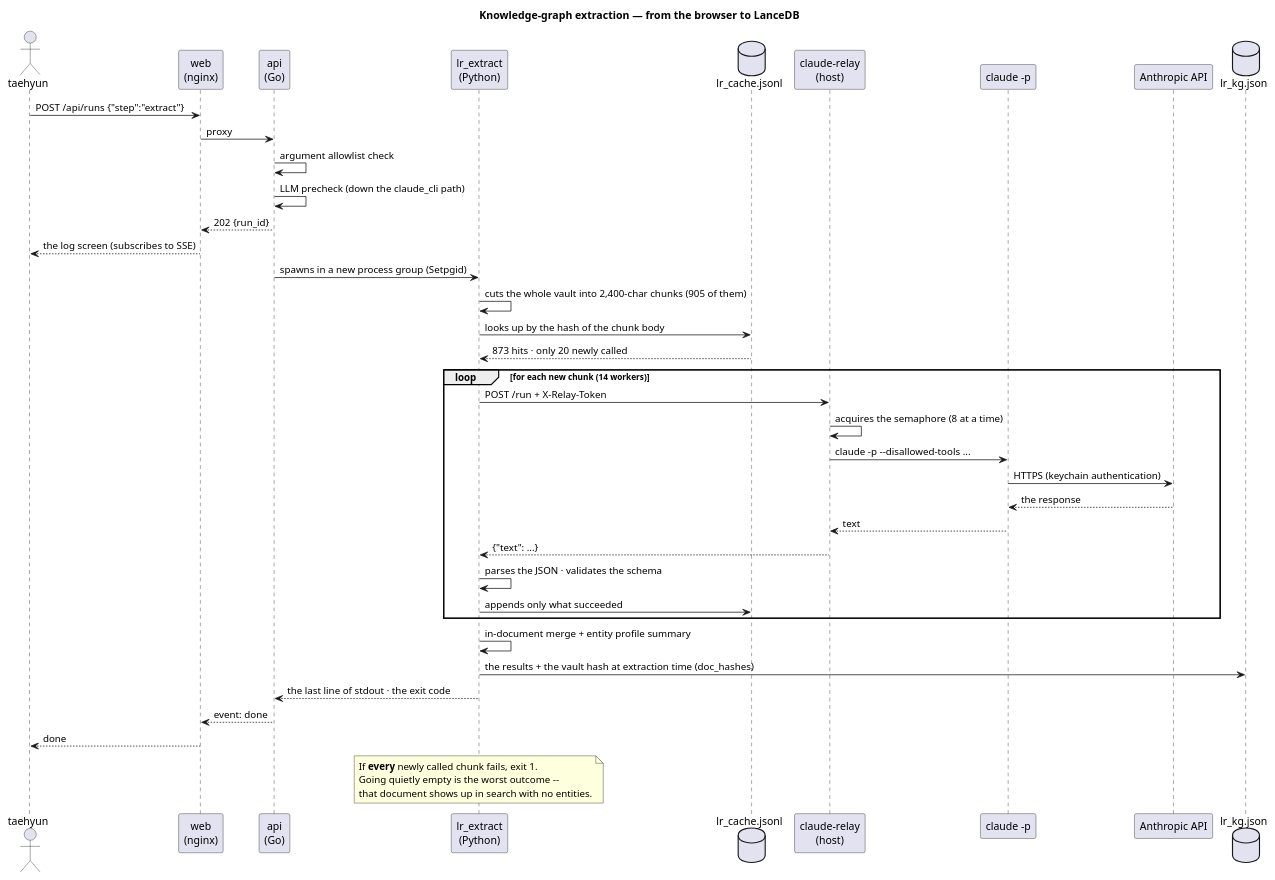
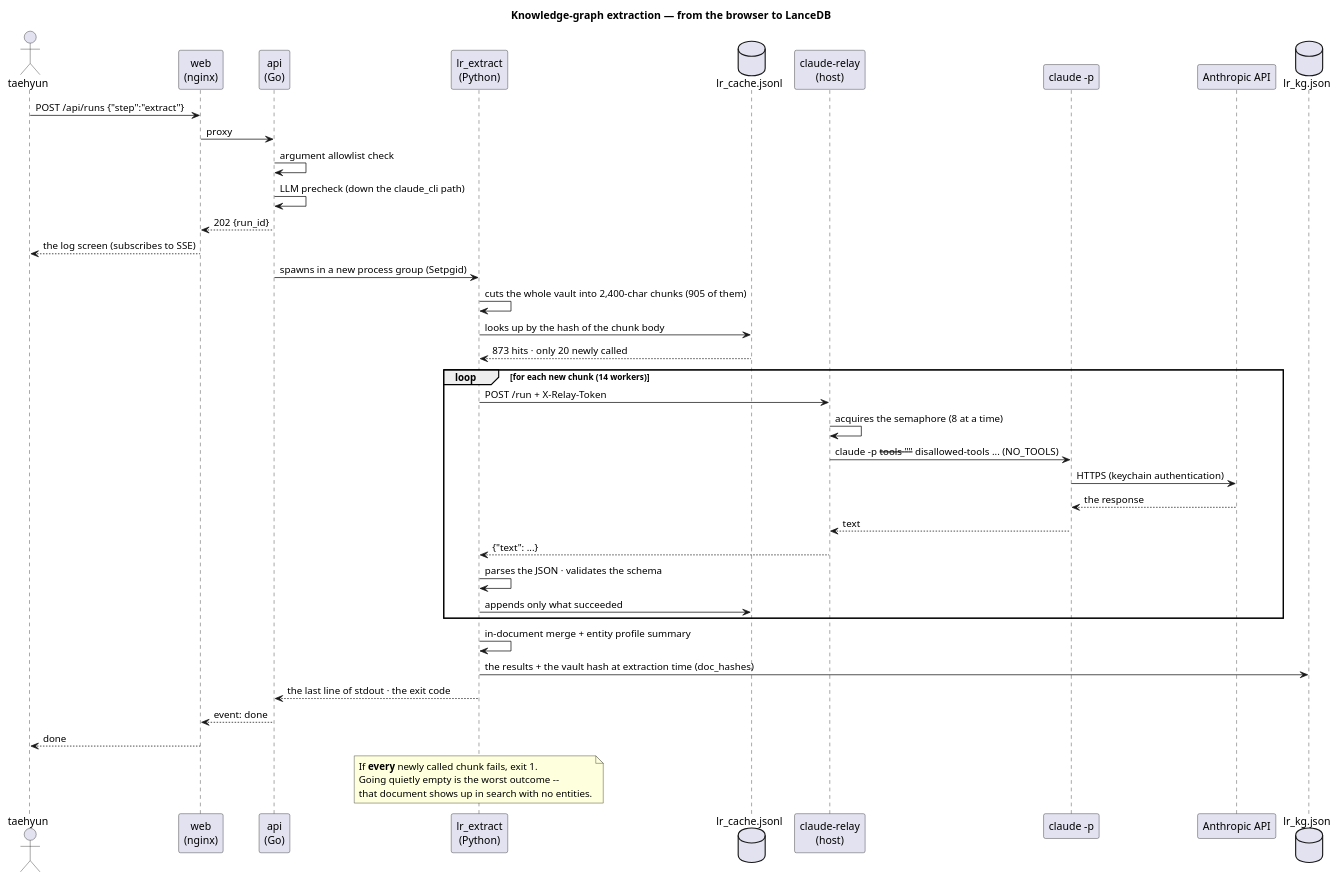
The fourth of 12 diagrams in docs/ARCHITECTURE.md (HwangTaehyun/kallimachos), drawn with PlantUML before and after one commit. The commit also changed other lines of this file and 12 other files, not shown here.

````diff
--- a/docs/ARCHITECTURE.md
+++ b/docs/ARCHITECTURE.md
@@ -174,51 +174,51 @@
 ```plantuml
 @startuml
 title Knowledge-graph extraction — from the browser to LanceDB
 
 actor taehyun as U
 participant "web\n(nginx)" as WEB
 participant "api\n(Go)" as API
 participant "lr_extract\n(Python)" as EX
 database "lr_cache.jsonl" as CACHE
 participant "claude-relay\n(host)" as RELAY
 participant "claude -p" as CLI
 participant "Anthropic API" as AN
 database "lr_kg.json" as KG
 
 U -> WEB : POST /api/runs {"step":"extract"}
 WEB -> API : proxy
 API -> API : argument allowlist check
 API -> API : LLM precheck (down the claude_cli path)
 API --> WEB : 202 {run_id}
 WEB --> U : the log screen (subscribes to SSE)
 
 API -> EX : spawns in a new process group (Setpgid)
 EX -> EX : cuts the whole vault into 2,400-char chunks (905 of them)
 EX -> CACHE : looks up by the hash of the chunk body
 CACHE --> EX : 873 hits · only 20 newly called
 
 loop for each new chunk (14 workers)
   EX -> RELAY : POST /run + X-Relay-Token
   RELAY -> RELAY : acquires the semaphore (8 at a time)
-  RELAY -> CLI : claude -p --disallowed-tools ...
+  RELAY -> CLI : claude -p --tools "" --disallowed-tools ... (NO_TOOLS)
   CLI -> AN : HTTPS (keychain authentication)
   AN --> CLI : the response
   CLI --> RELAY : text
   RELAY --> EX : {"text": ...}
   EX -> EX : parses the JSON · validates the schema
   EX -> CACHE : appends only what succeeded
 end
 
 EX -> EX : in-document merge + entity profile summary
 EX -> KG : the results + the vault hash at extraction time (doc_hashes)
 EX --> API : the last line of stdout · the exit code
 API --> WEB : event: done
 WEB --> U : done
 
 note over EX
   If **every** newly called chunk fails, exit 1.
   Going quietly empty is the worst outcome --
   that document shows up in search with no entities.
 end note
 @enduml
 ```
````
